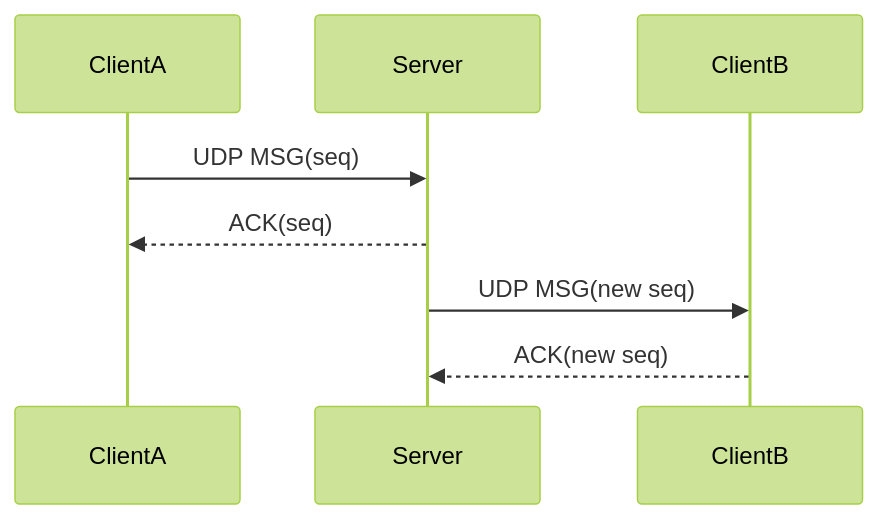
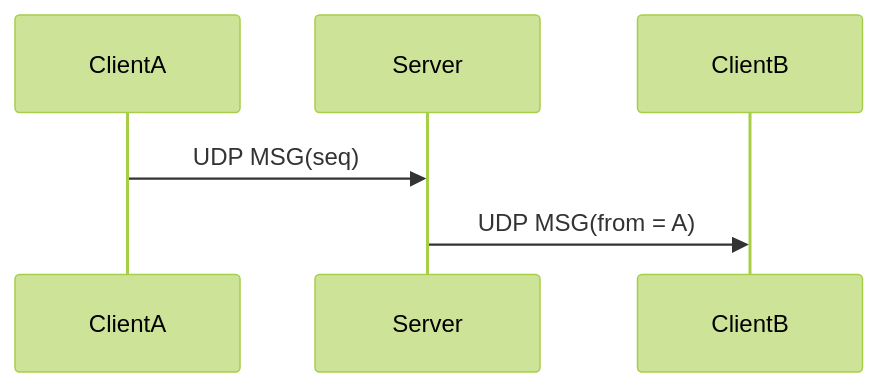
The third of 8 diagrams in docs/protocol.md (Smokiestfox/networking-app-assignment), drawn with Mermaid (forest theme) before and after one commit. The commit also changed other lines of this file and 7 other files, not shown here.

````diff
--- a/docs/protocol.md
+++ b/docs/protocol.md
@@ -290,7 +293,5 @@
 ```mermaid
 sequenceDiagram
     ClientA->>Server: UDP MSG(seq)
-    Server-->>ClientA: ACK(seq)
-    Server->>ClientB: UDP MSG(new seq)
-    ClientB-->>Server: ACK(new seq)
+    Server->>ClientB: UDP MSG(from = A)
 ```
````
